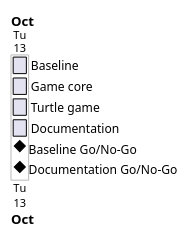
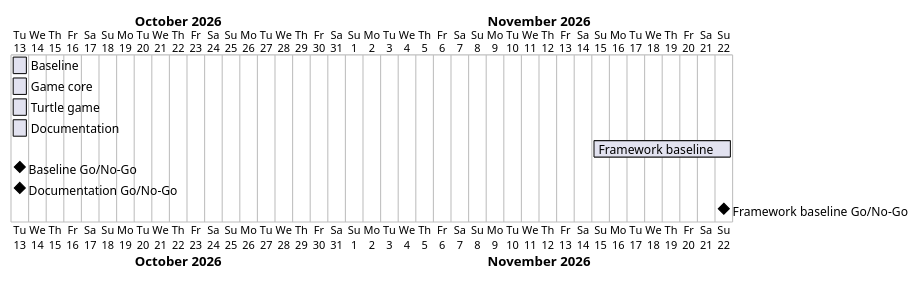
The diagram in docs/project-plan.md (Tirsvad-Udemy-100-days-of-code/025-us-states-game), drawn with PlantUML before and after one commit. The commit also changed other lines of this file and 38 other files, not shown here.

First line of the commit message:
Bring the project to the framework baseline (MIL-005)

````diff
--- a/docs/project-plan.md
+++ b/docs/project-plan.md
@@ -37,11 +41,13 @@
 ```plantuml
 @startgantt
 Project starts 2026-10-13
 [Baseline] starts 2026-10-13 and ends 2026-10-13
 [Game core] starts 2026-10-13 and ends 2026-10-13
 [Turtle game] starts 2026-10-13 and ends 2026-10-13
 [Documentation] starts 2026-10-13 and ends 2026-10-13
+[Framework baseline] starts 2026-11-15 and ends 2026-11-22
 [Baseline Go/No-Go] happens 2026-10-13
 [Documentation Go/No-Go] happens 2026-10-13
+[Framework baseline Go/No-Go] happens 2026-11-22
 @endgantt
 ```
````
